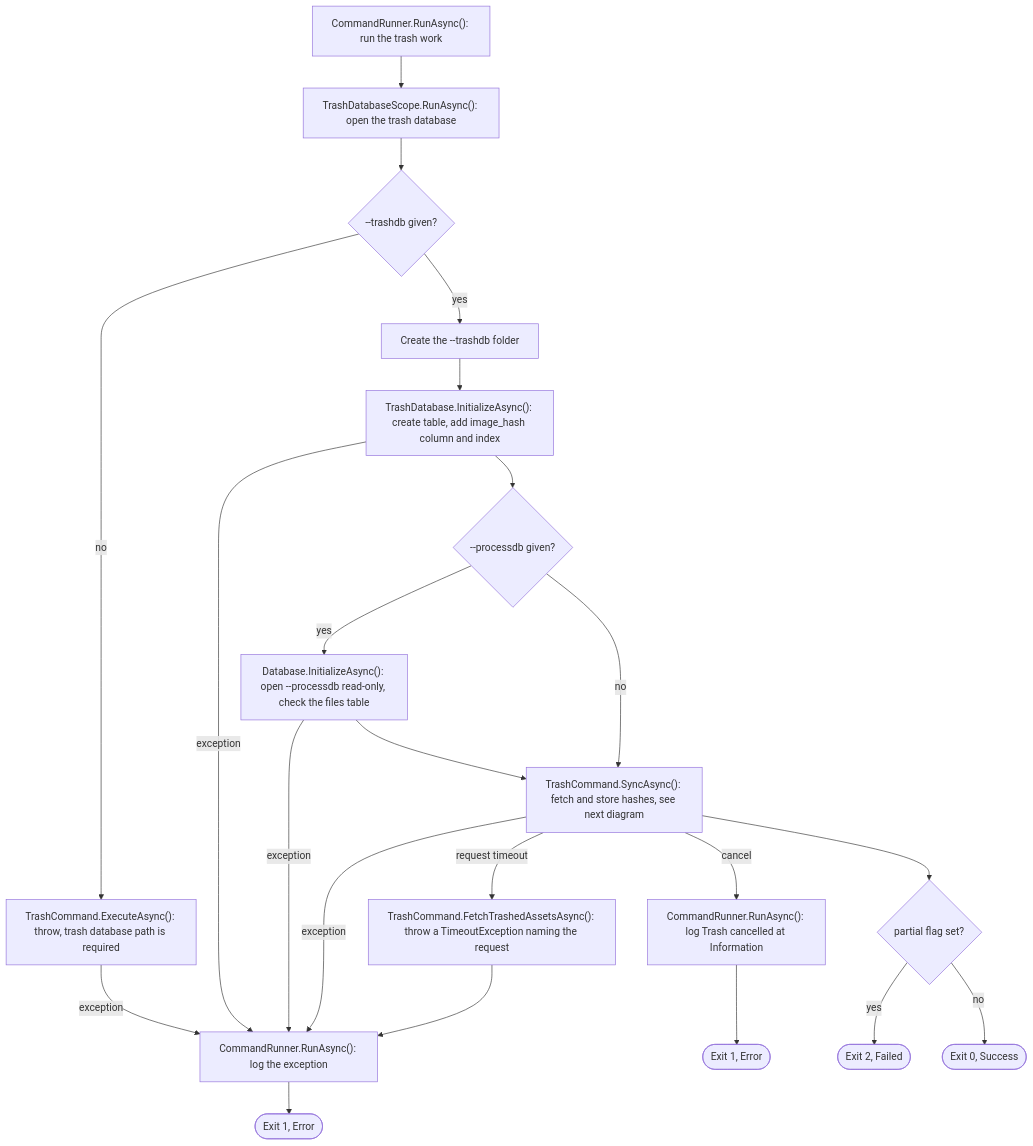
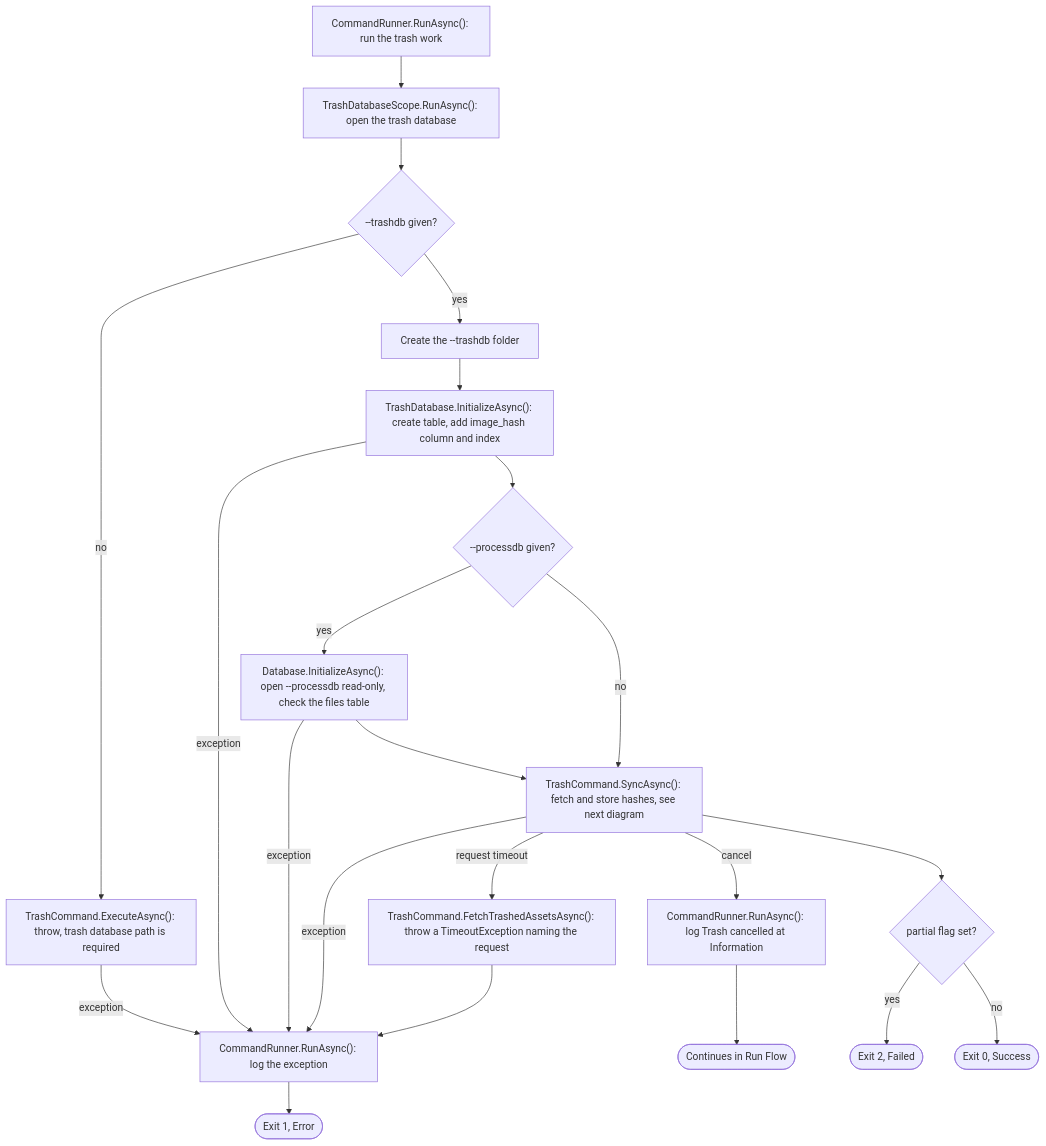
Diagram 16 of 23 in ARCHITECTURE.md (ptr727/PhotoCleaner), drawn with Mermaid before and after one commit. The commit also changed other lines of this file and 6 other files, not shown here.

````diff
--- a/ARCHITECTURE.md
+++ b/ARCHITECTURE.md
@@ -889,25 +896,25 @@
 ```mermaid
 flowchart TD
   T1["CommandRunner.RunAsync(): run the trash work"] --> T2["TrashDatabaseScope.RunAsync(): open the trash database"]
   T2 --> T3{"--trashdb given?"}
   T3 -->|"no"| T4["TrashCommand.ExecuteAsync(): throw, trash database path is required"]
   T4 -->|"exception"| TE
   T3 -->|"yes"| T3a["Create the --trashdb folder"]
   T3a --> T5["TrashDatabase.InitializeAsync(): create table, add image_hash column and index"]
   T5 -->|"exception"| TE
   T5 --> T6{"--processdb given?"}
   T6 -->|"yes"| T7["Database.InitializeAsync(): open --processdb read-only, check the files table"]
   T7 -->|"exception"| TE
   T7 --> T8["TrashCommand.SyncAsync(): fetch and store hashes, see next diagram"]
   T6 -->|"no"| T8
   T8 -->|"exception"| TE
   T8 -->|"cancel"| T9["CommandRunner.RunAsync(): log Trash cancelled at Information"]
   T8 -->|"request timeout"| TT["TrashCommand.FetchTrashedAssetsAsync(): throw a TimeoutException naming the request"]
   TT --> TE
-  T9 --> T10(["Exit 1, Error"])
+  T9 --> T10(["Continues in Run Flow"])
   T8 --> T11{"partial flag set?"}
   T11 -->|"yes"| T12(["Exit 2, Failed"])
   T11 -->|"no"| T13(["Exit 0, Success"])
   TE["CommandRunner.RunAsync(): log the exception"] --> T14(["Exit 1, Error"])
   classDef suspect stroke:#c00,stroke-width:2px,stroke-dasharray:5 3
 ```
````
